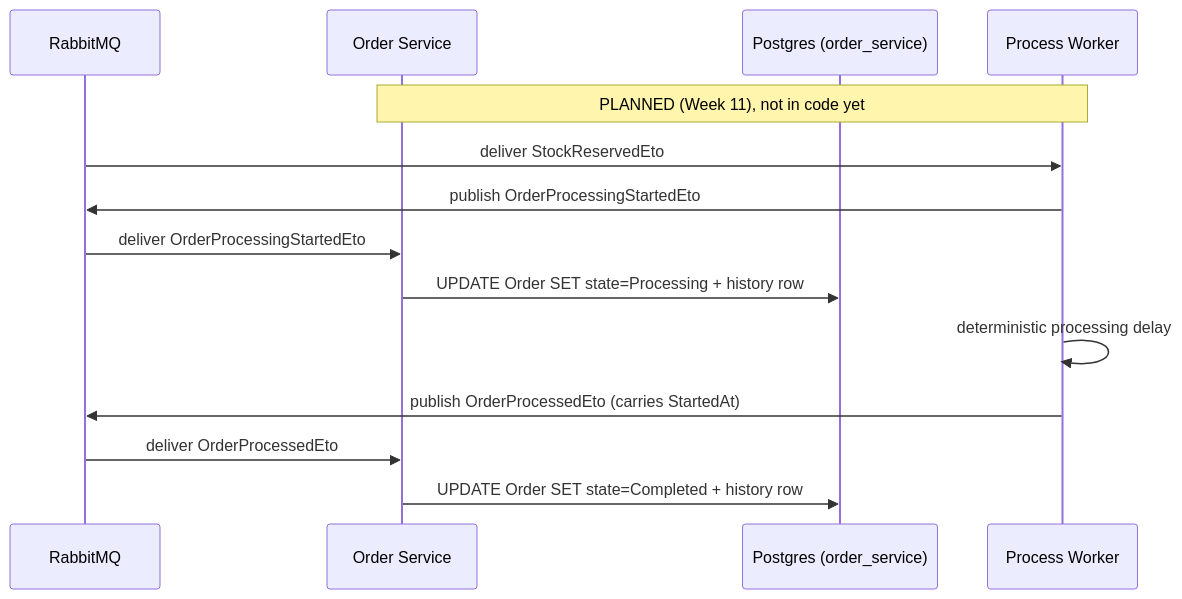
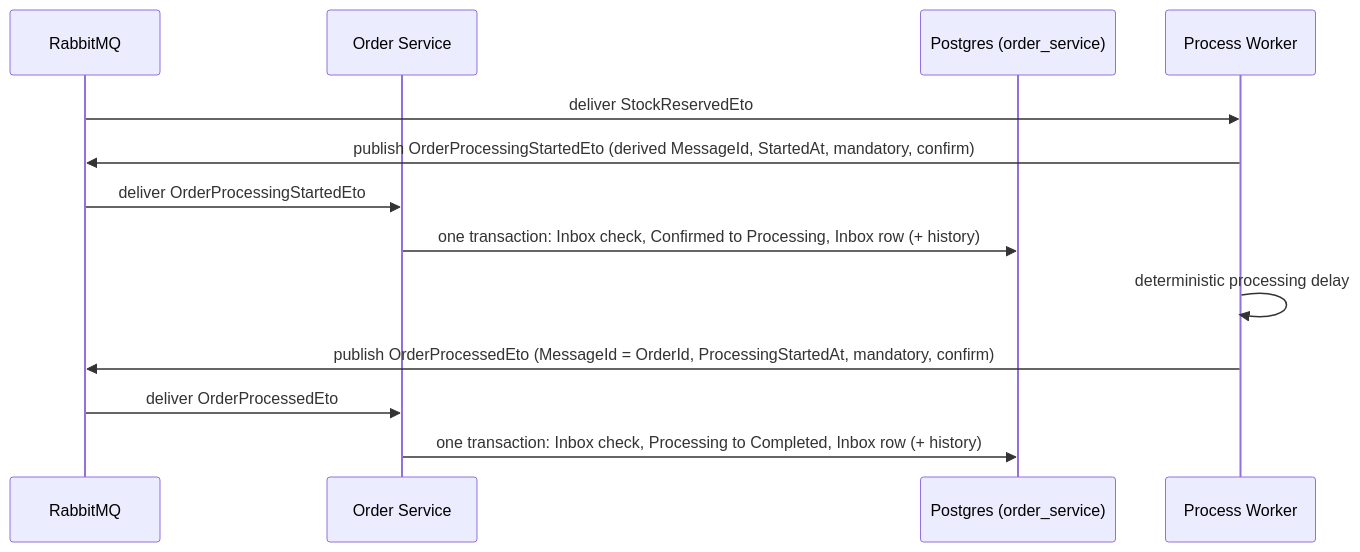
The diagram in report/figures/seq-planned-processing.mmd (VuTanMinh/flash-sale-microservices), drawn with Mermaid before and after one commit. The commit also changed 54 other files, not shown here.

Commit message:
feat: six-state order model with the OrderProcessingStarted event and per-order status history (Seq-ordered, implied step clamped); TP-P02 verifier; regressions and figures updated (Week 11 Processing/history box)

```diff
--- a/report/figures/seq-planned-processing.mmd
+++ b/report/figures/seq-planned-processing.mmd
@@ -1,14 +1,13 @@
 sequenceDiagram
     participant MQ as RabbitMQ
     participant OrderSvc as Order Service
     participant PGOrd as Postgres (order_service)
     participant ProcSvc as Process Worker
-    Note over ProcSvc,OrderSvc: PLANNED (Week 11), not in code yet
     MQ->>ProcSvc: deliver StockReservedEto
-    ProcSvc->>MQ: publish OrderProcessingStartedEto
+    ProcSvc->>MQ: publish OrderProcessingStartedEto (derived MessageId, StartedAt, mandatory, confirm)
     MQ->>OrderSvc: deliver OrderProcessingStartedEto
-    OrderSvc->>PGOrd: UPDATE Order SET state=Processing + history row
+    OrderSvc->>PGOrd: one transaction: Inbox check, Confirmed to Processing, Inbox row (+ history)
     ProcSvc->>ProcSvc: deterministic processing delay
-    ProcSvc->>MQ: publish OrderProcessedEto (carries StartedAt)
+    ProcSvc->>MQ: publish OrderProcessedEto (MessageId = OrderId, ProcessingStartedAt, mandatory, confirm)
     MQ->>OrderSvc: deliver OrderProcessedEto
-    OrderSvc->>PGOrd: UPDATE Order SET state=Completed + history row
+    OrderSvc->>PGOrd: one transaction: Inbox check, Processing to Completed, Inbox row (+ history)
```
